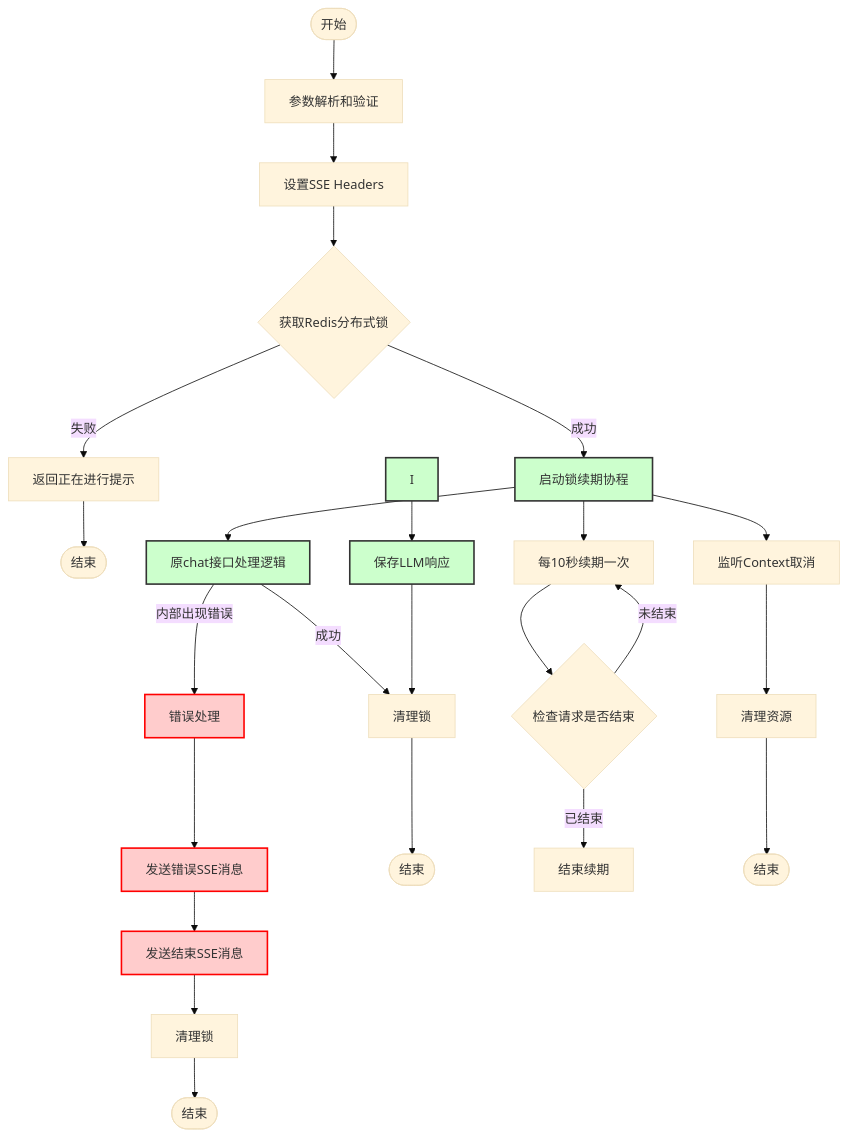
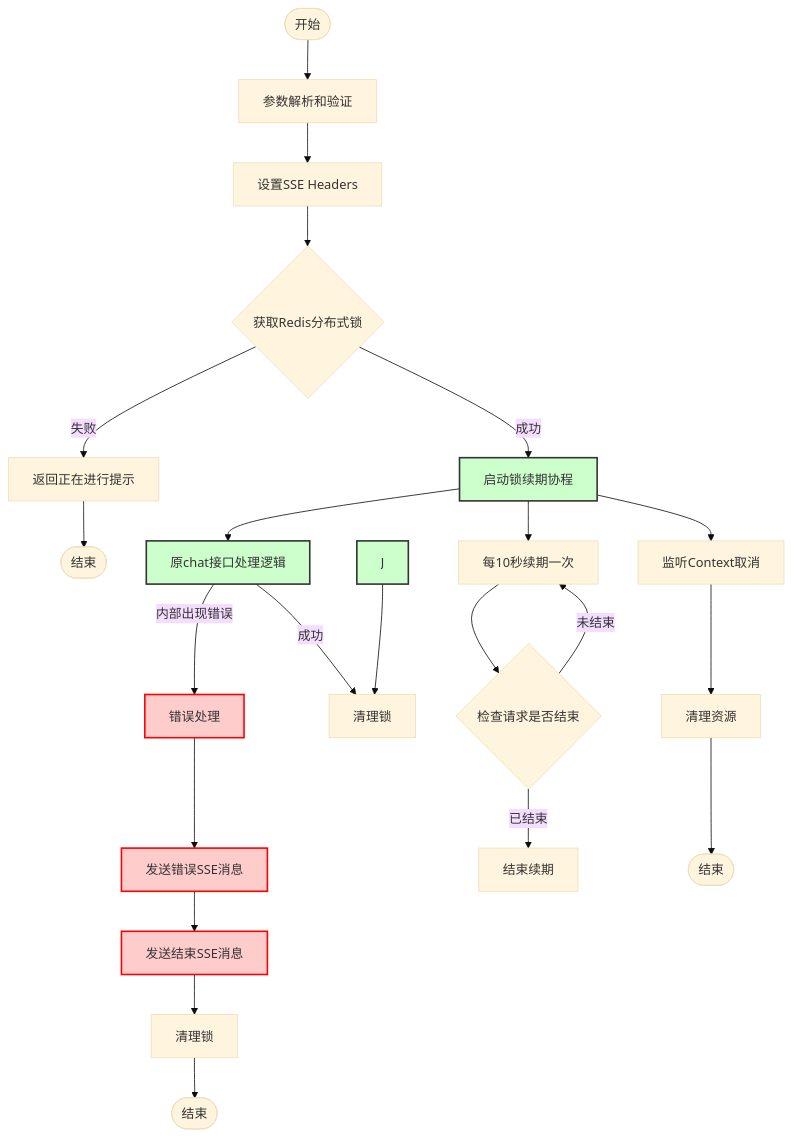
The diagram in all/未命名-15.md (yingjianzh/iodraw-files), drawn with Mermaid (base theme) before and after one commit.

Commit message:
2025-01-02 17:44:49 update

````diff
--- a/all/未命名-15.md
+++ b/all/未命名-15.md
@@ -1,44 +1,42 @@
 ```mermaid
 flowchart TD
     Start([开始]) --> A[参数解析和验证]
     A --> B[设置SSE Headers]
     B --> C{获取Redis分布式锁}
     
     C -->|失败| D[返回正在进行提示]
     D --> End1([结束])
     
     C -->|成功| E[启动锁续期协程]
     E --> F[原chat接口处理逻辑]
     
     F -->|内部出现错误| G[错误处理]
     F -->|成功| N[清理锁]
     
     
-    I --> J[保存LLM响应]
-    
     %% 错误处理流程
     G --> K[发送错误SSE消息]
     K --> L[发送结束SSE消息]
     L --> M[清理锁]
     M --> End2([结束])
     
     %% 正常结束流程
     J --> N[清理锁]
-    N --> End3([结束])
+    
     
     %% 锁续期协程
     E --> O[每10秒续期一次]
     O --> P{检查请求是否结束}
     P -->|未结束| O
     P -->|已结束| Q[结束续期]
     
     %% Context取消监听
     E --> R[监听Context取消]
     R --> S[清理资源]
     S --> End4([结束])
     
     classDef error fill:#ffcccc,stroke:#ff0000,stroke-width:2px
     classDef normal fill:#ccffcc,stroke:#333,stroke-width:2px
     class G,K,L error
     class E,F,I,J normal
 ```
````
